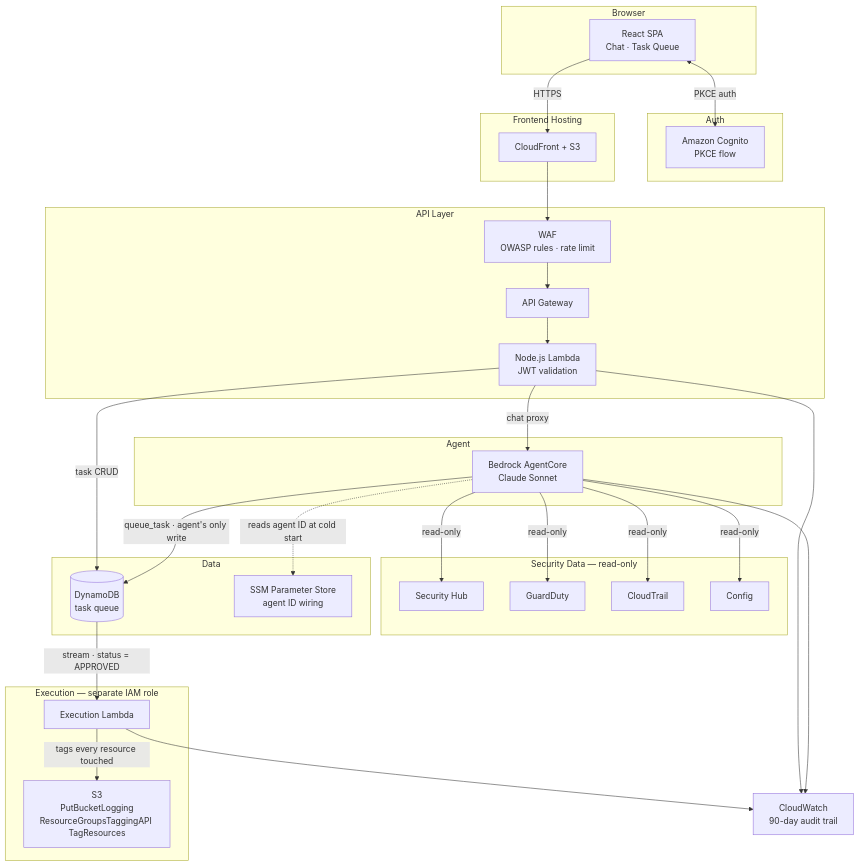
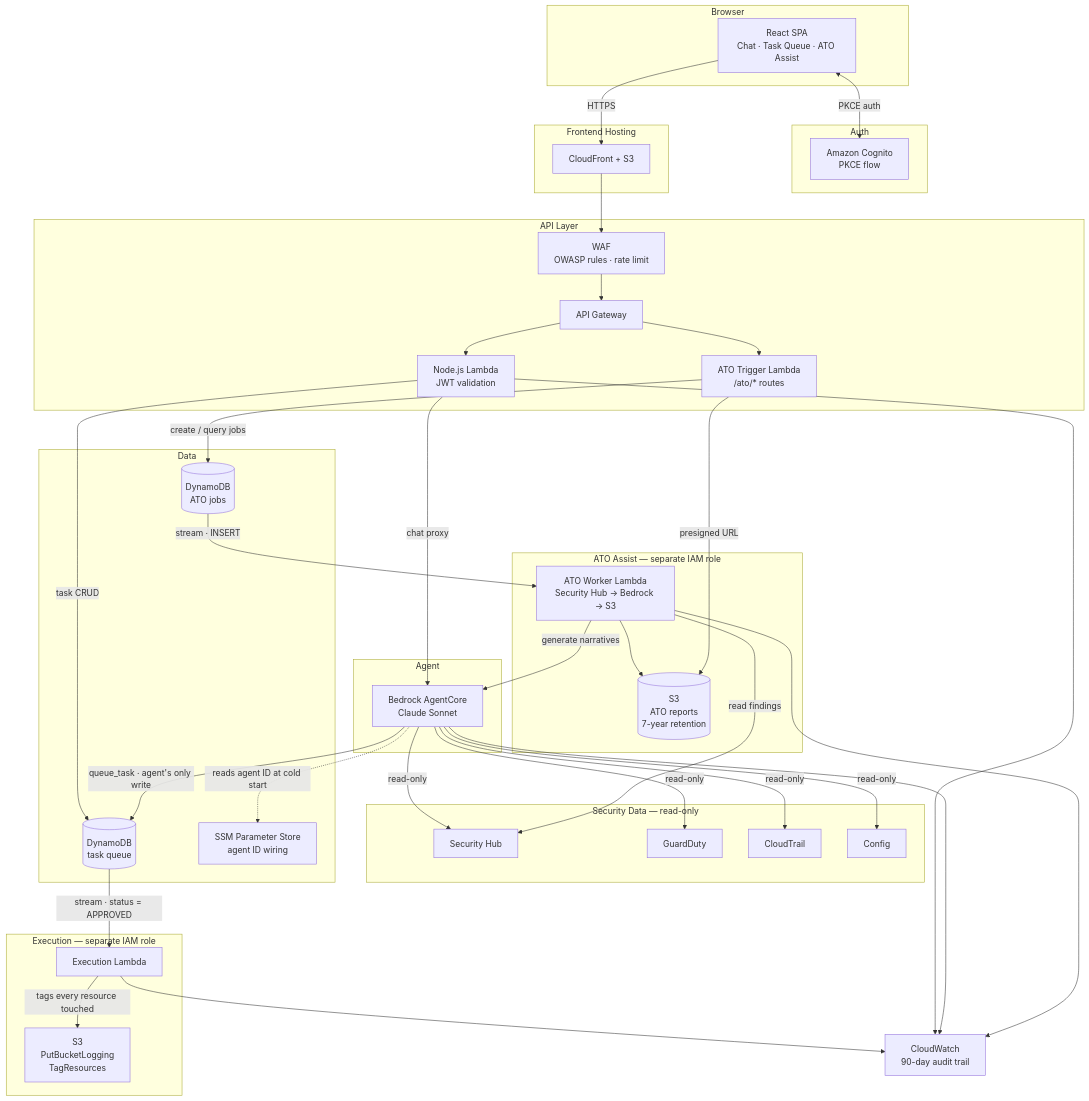
Before and after one commit to FideleDonadje/security-triage-agent: the diagram in README.md, drawn with Mermaid. The commit also changed other lines of this file and 11 other files, not shown here.

````diff
--- a/README.md
+++ b/README.md
@@ -69,59 +72,74 @@
 ```mermaid
 flowchart TB
     subgraph browser[" Browser "]
-        UI["React SPA\nChat · Task Queue"]
+        UI["React SPA\nChat · Task Queue · ATO Assist"]
     end
 
     subgraph auth[" Auth "]
         Cognito["Amazon Cognito\nPKCE flow"]
     end
 
     subgraph hosting[" Frontend Hosting "]
         CF["CloudFront + S3"]
     end
 
     subgraph apilayer[" API Layer "]
         WAF["WAF\nOWASP rules · rate limit"]
         APIGW["API Gateway"]
         NodeLambda["Node.js Lambda\nJWT validation"]
+        AtoTrigger["ATO Trigger Lambda\n/ato/* routes"]
         WAF --> APIGW --> NodeLambda
+        APIGW --> AtoTrigger
     end
 
     subgraph agentlayer[" Agent "]
         AgentCore["Bedrock AgentCore\nClaude Sonnet"]
     end
 
     subgraph sources[" Security Data — read-only "]
         SH["Security Hub"]
         GD["GuardDuty"]
         CT["CloudTrail"]
         Cfg["Config"]
     end
 
     subgraph datalayer[" Data "]
         DDB[("DynamoDB\ntask queue")]
+        AtoDB[("DynamoDB\nATO jobs")]
         SSM["SSM Parameter Store\nagent ID wiring"]
+    end
+
+    subgraph atolayer[" ATO Assist — separate IAM role "]
+        AtoWorker["ATO Worker Lambda\nSecurity Hub → Bedrock → S3"]
+        AtoS3[("S3\nATO reports\n7-year retention")]
+        AtoWorker --> AtoS3
     end
 
     subgraph executionlayer[" Execution — separate IAM role "]
         ExecLambda["Execution Lambda"]
-        S3["S3\nPutBucketLogging\nResourceGroupsTaggingAPI TagResources"]
-        ExecLambda -->|"tags every resource touched"| S3
+        ExecS3["S3\nPutBucketLogging\nTagResources"]
+        ExecLambda -->|"tags every resource touched"| ExecS3
     end
 
     CW["CloudWatch\n90-day audit trail"]
 
     UI <-->|"PKCE auth"| Cognito
     UI -->|"HTTPS"| CF --> WAF
 
     NodeLambda -->|"task CRUD"| DDB
     NodeLambda -->|"chat proxy"| AgentCore
 
     AgentCore -->|"read-only"| SH & GD & CT & Cfg
     AgentCore -->|"queue_task · agent's only write"| DDB
 
     DDB -->|"stream · status = APPROVED"| ExecLambda
 
-    NodeLambda & AgentCore & ExecLambda --> CW
+    AtoTrigger -->|"create / query jobs"| AtoDB
+    AtoTrigger -->|"presigned URL"| AtoS3
+    AtoDB -->|"stream · INSERT"| AtoWorker
+    AtoWorker -->|"read findings"| SH
+    AtoWorker -->|"generate narratives"| AgentCore
+
+    NodeLambda & AgentCore & ExecLambda & AtoWorker --> CW
     AgentCore -.->|"reads agent ID at cold start"| SSM
 ```
````
